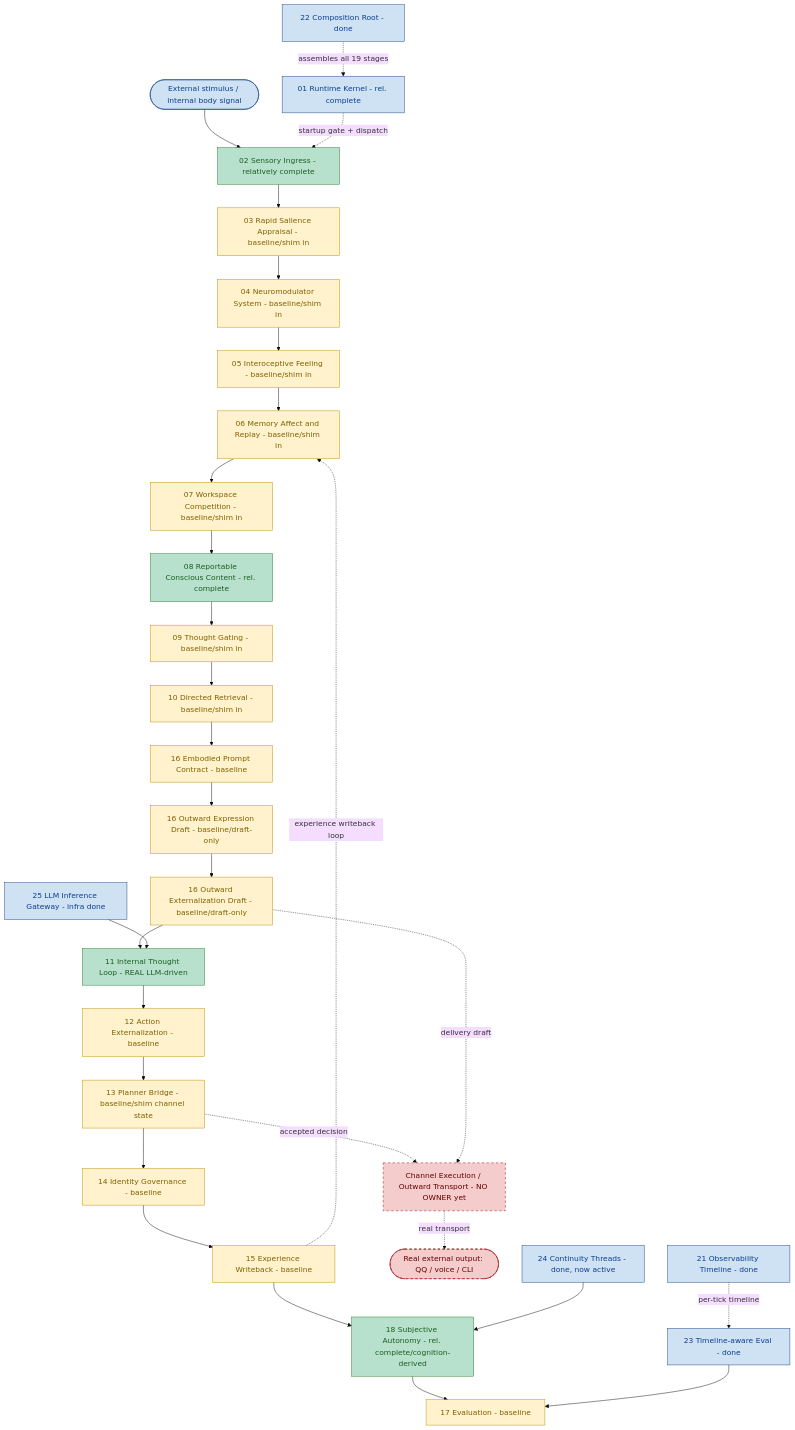
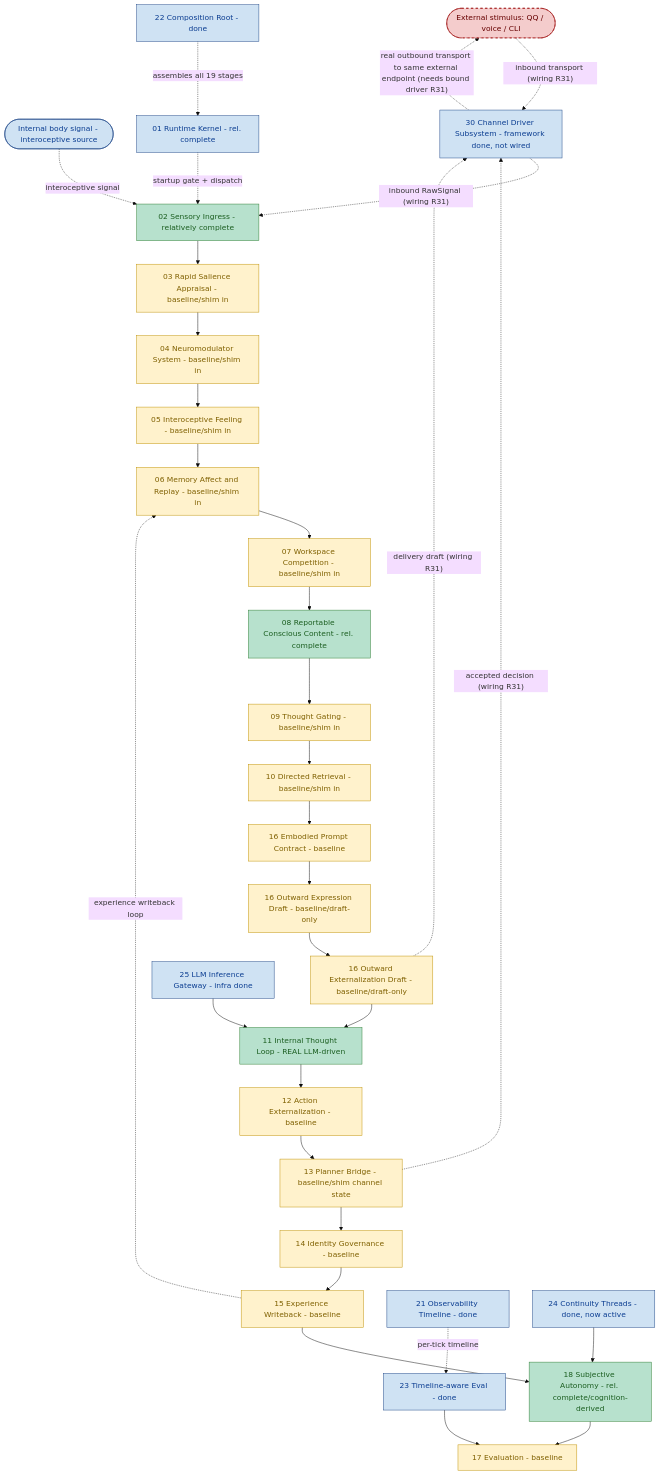
Before and after one commit to embalmer-Y/helios: the diagram in helios_v2/docs/PROGRESS_FLOW.en.md, drawn with Mermaid (base theme). The commit also changed other lines of this file and 11 other files, not shown here.

````diff
--- a/helios_v2/docs/PROGRESS_FLOW.en.md
+++ b/helios_v2/docs/PROGRESS_FLOW.en.md
@@ -31,52 +33,55 @@
 ```mermaid
 flowchart TD
     classDef deep fill:#b7e1cd,stroke:#2e7d32,color:#1b5e20
     classDef base fill:#fff2cc,stroke:#bf9000,color:#7f6000
     classDef infra fill:#cfe2f3,stroke:#1c4587,color:#0b3d91
     classDef gap fill:#f4cccc,stroke:#990000,color:#660000,stroke-dasharray: 5 5
 
-    IN([External stimulus / internal body signal]):::infra
+    EXT([External stimulus: QQ / voice / CLI]):::gap
+    BODY([Internal body signal - interoceptive source]):::infra
     S02[02 Sensory Ingress - relatively complete]:::deep
     S03[03 Rapid Salience Appraisal - baseline/shim in]:::base
     S04[04 Neuromodulator System - baseline/shim in]:::base
     S05[05 Interoceptive Feeling - baseline/shim in]:::base
     S06[06 Memory Affect and Replay - baseline/shim in]:::base
     S07[07 Workspace Competition - baseline/shim in]:::base
     S08[08 Reportable Conscious Content - rel. complete]:::deep
     S09[09 Thought Gating - baseline/shim in]:::base
     S10[10 Directed Retrieval - baseline/shim in]:::base
     S16P[16 Embodied Prompt Contract - baseline]:::base
     S16O[16 Outward Expression Draft - baseline/draft-only]:::base
     S16E[16 Outward Externalization Draft - baseline/draft-only]:::base
     S11[11 Internal Thought Loop - REAL LLM-driven]:::deep
     S12[12 Action Externalization - baseline]:::base
     S13[13 Planner Bridge - baseline/shim channel state]:::base
     S14[14 Identity Governance - baseline]:::base
     S15[15 Experience Writeback - baseline]:::base
     S18[18 Subjective Autonomy - rel. complete/cognition-derived]:::deep
     S17[17 Evaluation - baseline]:::base
-    CH[Channel Execution / Outward Transport - NO OWNER yet]:::gap
-    OUT([Real external output: QQ / voice / CLI]):::gap
+    CH[30 Channel Driver Subsystem - framework done, not wired]:::infra
 
-    IN --> S02 --> S03 --> S04 --> S05 --> S06 --> S07 --> S08 --> S09 --> S10
+    S02 --> S03 --> S04 --> S05 --> S06 --> S07 --> S08 --> S09 --> S10
     S10 --> S16P --> S16O --> S16E --> S11
     S11 --> S12 --> S13 --> S14 --> S15 --> S18 --> S17
-    S13 -. accepted decision .-> CH
-    S16E -. delivery draft .-> CH
-    CH -. real transport .-> OUT
+    EXT -. inbound transport (wiring R31) .-> CH
+    BODY -. interoceptive signal .-> S02
+    S13 -. accepted decision (wiring R31) .-> CH
+    S16E -. delivery draft (wiring R31) .-> CH
+    CH -. inbound RawSignal (wiring R31) .-> S02
+    CH -. real outbound transport to same external endpoint (needs bound driver R31) .-> EXT
     S15 -. experience writeback loop .-> S06
 
     LLM[25 LLM Inference Gateway - infra done]:::infra
     LLM --> S11
 
     K01[01 Runtime Kernel - rel. complete]:::infra
     OBS[21 Observability Timeline - done]:::infra
     COMP[22 Composition Root - done]:::infra
     EV23[23 Timeline-aware Eval - done]:::infra
     TH24[24 Continuity Threads - done, now active]:::infra
     K01 -. startup gate + dispatch .-> S02
     OBS -. per-tick timeline .-> EV23
     EV23 --> S17
     TH24 --> S18
     COMP -. assembles all 19 stages .-> K01
 ```
````
